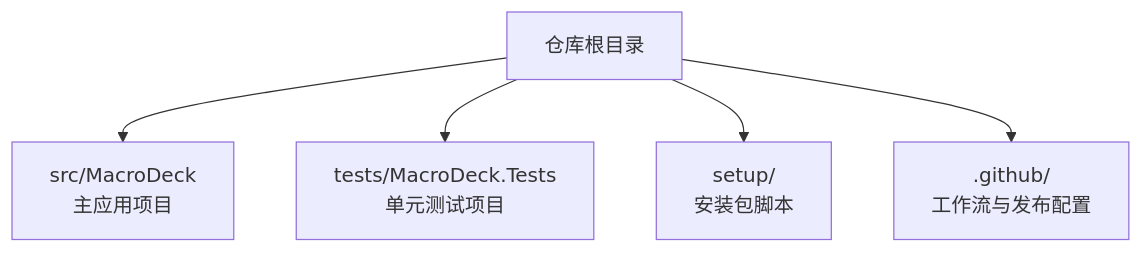
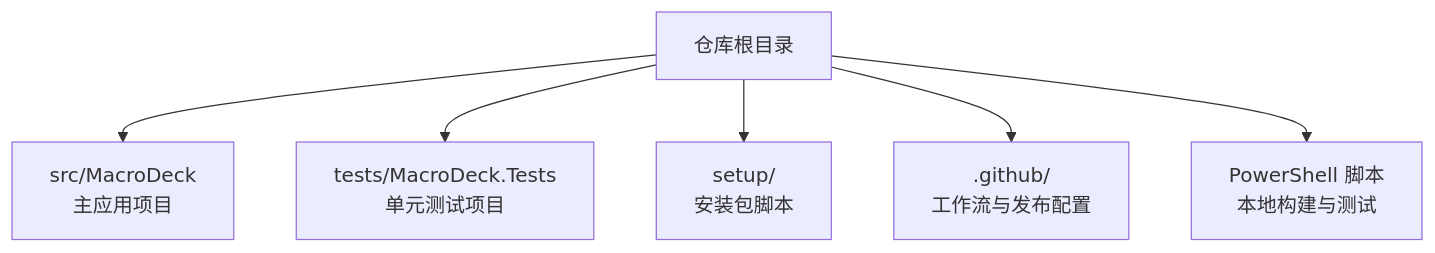
The first of 4 diagrams in .qoder/repowiki/zh/content/开发者指南/开发者指南.md (tea4go/Macro-Deck), drawn with Mermaid before and after one commit. The commit also changed other lines of this file and 17 other files, not shown here.

````diff
--- a/.qoder/repowiki/zh/content/开发者指南/开发者指南.md
+++ b/.qoder/repowiki/zh/content/开发者指南/开发者指南.md
@@ -36,12 +52,14 @@
 ```mermaid
 graph TB
 Root["仓库根目录"]
 Src["src/MacroDeck<br/>主应用项目"]
 Tests["tests/MacroDeck.Tests<br/>单元测试项目"]
 Setup["setup/<br/>安装包脚本"]
 GH[".github/<br/>工作流与发布配置"]
+PS["PowerShell 脚本<br/>本地构建与测试"]
 Root --> Src
 Root --> Tests
 Root --> Setup
 Root --> GH
+Root --> PS
 ```
````
